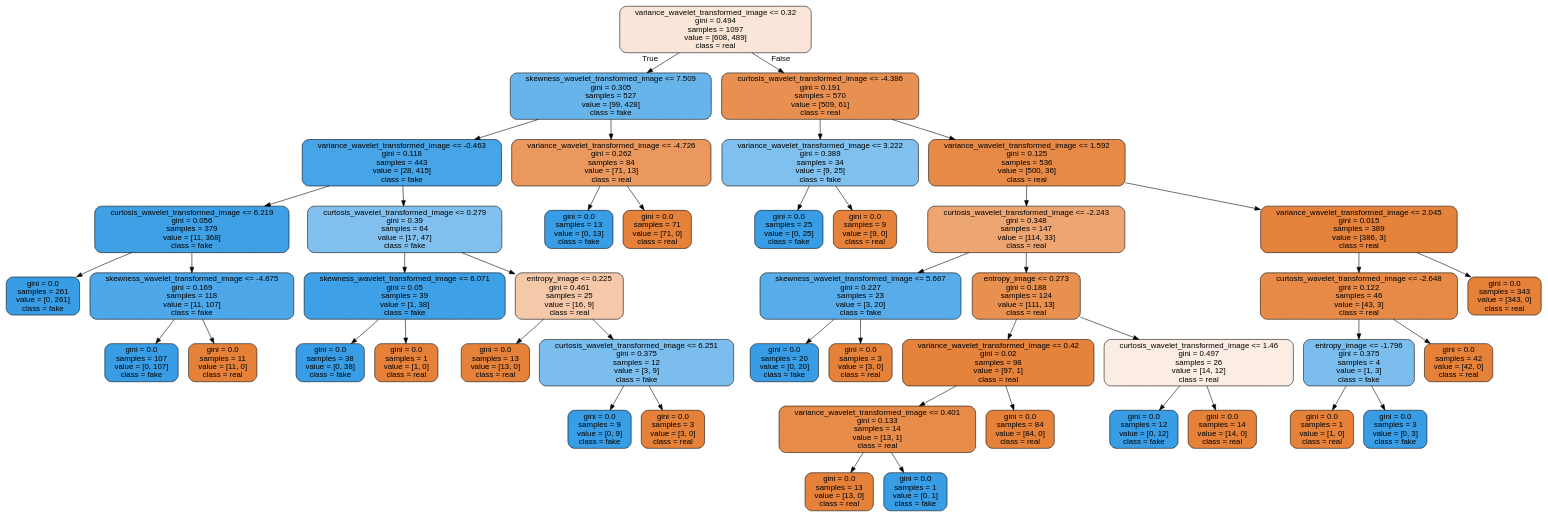
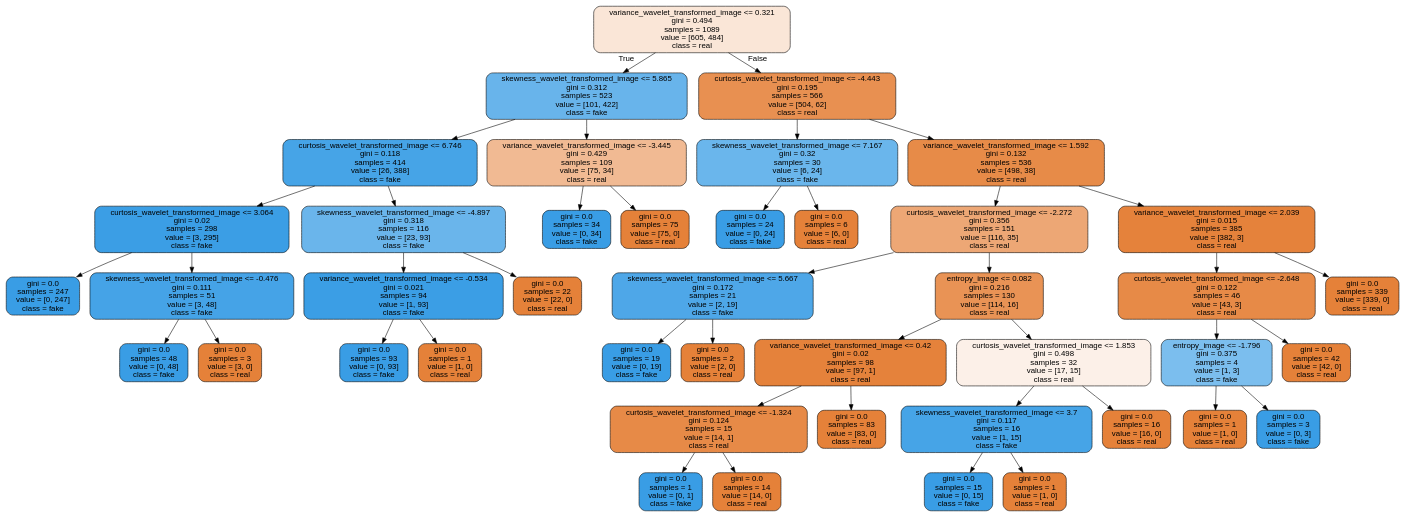
One commit to Farzaneh-prog/baummethoden changed the diagram in baummethoden/reports/figures/tree_bills.dot. Above: the diagram before and after it, drawn with Graphviz. The commit also changed 10 other files, not shown here.

```diff
--- a/baummethoden/reports/figures/tree_bills.dot
+++ b/baummethoden/reports/figures/tree_bills.dot
@@ -1,93 +1,89 @@
 digraph Tree {
 node [shape=box, style="filled, rounded", color="black", fontname=helvetica] ;
 edge [fontname=helvetica] ;
-0 [label="variance_wavelet_transformed_image <= 0.32\ngini = 0.494\nsamples = 1097\nvalue = [608, 489]\nclass = real", fillcolor="#fae6d8"] ;
-1 [label="skewness_wavelet_transformed_image <= 7.509\ngini = 0.305\nsamples = 527\nvalue = [99, 428]\nclass = fake", fillcolor="#67b4eb"] ;
+0 [label="variance_wavelet_transformed_image <= 0.321\ngini = 0.494\nsamples = 1089\nvalue = [605, 484]\nclass = real", fillcolor="#fae6d7"] ;
+1 [label="skewness_wavelet_transformed_image <= 5.865\ngini = 0.312\nsamples = 523\nvalue = [101, 422]\nclass = fake", fillcolor="#68b4eb"] ;
 0 -> 1 [labeldistance=2.5, labelangle=45, headlabel="True"] ;
-2 [label="variance_wavelet_transformed_image <= -0.463\ngini = 0.118\nsamples = 443\nvalue = [28, 415]\nclass = fake", fillcolor="#46a4e7"] ;
+2 [label="curtosis_wavelet_transformed_image <= 6.746\ngini = 0.118\nsamples = 414\nvalue = [26, 388]\nclass = fake", fillcolor="#46a4e7"] ;
 1 -> 2 ;
-3 [label="curtosis_wavelet_transformed_image <= 6.219\ngini = 0.056\nsamples = 379\nvalue = [11, 368]\nclass = fake", fillcolor="#3fa0e6"] ;
+3 [label="curtosis_wavelet_transformed_image <= 3.064\ngini = 0.02\nsamples = 298\nvalue = [3, 295]\nclass = fake", fillcolor="#3b9ee5"] ;
 2 -> 3 ;
-4 [label="gini = 0.0\nsamples = 261\nvalue = [0, 261]\nclass = fake", fillcolor="#399de5"] ;
+4 [label="gini = 0.0\nsamples = 247\nvalue = [0, 247]\nclass = fake", fillcolor="#399de5"] ;
 3 -> 4 ;
-5 [label="skewness_wavelet_transformed_image <= -4.675\ngini = 0.169\nsamples = 118\nvalue = [11, 107]\nclass = fake", fillcolor="#4da7e8"] ;
+5 [label="skewness_wavelet_transformed_image <= -0.476\ngini = 0.111\nsamples = 51\nvalue = [3, 48]\nclass = fake", fillcolor="#45a3e7"] ;
 3 -> 5 ;
-6 [label="gini = 0.0\nsamples = 107\nvalue = [0, 107]\nclass = fake", fillcolor="#399de5"] ;
+6 [label="gini = 0.0\nsamples = 48\nvalue = [0, 48]\nclass = fake", fillcolor="#399de5"] ;
 5 -> 6 ;
-7 [label="gini = 0.0\nsamples = 11\nvalue = [11, 0]\nclass = real", fillcolor="#e58139"] ;
+7 [label="gini = 0.0\nsamples = 3\nvalue = [3, 0]\nclass = real", fillcolor="#e58139"] ;
 5 -> 7 ;
-8 [label="curtosis_wavelet_transformed_image <= 0.279\ngini = 0.39\nsamples = 64\nvalue = [17, 47]\nclass = fake", fillcolor="#81c0ee"] ;
+8 [label="skewness_wavelet_transformed_image <= -4.897\ngini = 0.318\nsamples = 116\nvalue = [23, 93]\nclass = fake", fillcolor="#6ab5eb"] ;
 2 -> 8 ;
-9 [label="skewness_wavelet_transformed_image <= 6.071\ngini = 0.05\nsamples = 39\nvalue = [1, 38]\nclass = fake", fillcolor="#3ea0e6"] ;
+9 [label="variance_wavelet_transformed_image <= -0.534\ngini = 0.021\nsamples = 94\nvalue = [1, 93]\nclass = fake", fillcolor="#3b9ee5"] ;
 8 -> 9 ;
-10 [label="gini = 0.0\nsamples = 38\nvalue = [0, 38]\nclass = fake", fillcolor="#399de5"] ;
+10 [label="gini = 0.0\nsamples = 93\nvalue = [0, 93]\nclass = fake", fillcolor="#399de5"] ;
 9 -> 10 ;
 11 [label="gini = 0.0\nsamples = 1\nvalue = [1, 0]\nclass = real", fillcolor="#e58139"] ;
 9 -> 11 ;
-12 [label="entropy_image <= 0.225\ngini = 0.461\nsamples = 25\nvalue = [16, 9]\nclass = real", fillcolor="#f4c8a8"] ;
+12 [label="gini = 0.0\nsamples = 22\nvalue = [22, 0]\nclass = real", fillcolor="#e58139"] ;
 8 -> 12 ;
-13 [label="gini = 0.0\nsamples = 13\nvalue = [13, 0]\nclass = real", fillcolor="#e58139"] ;
-12 -> 13 ;
-14 [label="curtosis_wavelet_transformed_image <= 6.251\ngini = 0.375\nsamples = 12\nvalue = [3, 9]\nclass = fake", fillcolor="#7bbeee"] ;
-12 -> 14 ;
-15 [label="gini = 0.0\nsamples = 9\nvalue = [0, 9]\nclass = fake", fillcolor="#399de5"] ;
-14 -> 15 ;
-16 [label="gini = 0.0\nsamples = 3\nvalue = [3, 0]\nclass = real", fillcolor="#e58139"] ;
-14 -> 16 ;
-17 [label="variance_wavelet_transformed_image <= -4.726\ngini = 0.262\nsamples = 84\nvalue = [71, 13]\nclass = real", fillcolor="#ea985d"] ;
-1 -> 17 ;
-18 [label="gini = 0.0\nsamples = 13\nvalue = [0, 13]\nclass = fake", fillcolor="#399de5"] ;
+13 [label="variance_wavelet_transformed_image <= -3.445\ngini = 0.429\nsamples = 109\nvalue = [75, 34]\nclass = real", fillcolor="#f1ba93"] ;
+1 -> 13 ;
+14 [label="gini = 0.0\nsamples = 34\nvalue = [0, 34]\nclass = fake", fillcolor="#399de5"] ;
+13 -> 14 ;
+15 [label="gini = 0.0\nsamples = 75\nvalue = [75, 0]\nclass = real", fillcolor="#e58139"] ;
+13 -> 15 ;
+16 [label="curtosis_wavelet_transformed_image <= -4.443\ngini = 0.195\nsamples = 566\nvalue = [504, 62]\nclass = real", fillcolor="#e89051"] ;
+0 -> 16 [labeldistance=2.5, labelangle=-45, headlabel="False"] ;
+17 [label="skewness_wavelet_transformed_image <= 7.167\ngini = 0.32\nsamples = 30\nvalue = [6, 24]\nclass = fake", fillcolor="#6ab6ec"] ;
+16 -> 17 ;
+18 [label="gini = 0.0\nsamples = 24\nvalue = [0, 24]\nclass = fake", fillcolor="#399de5"] ;
 17 -> 18 ;
-19 [label="gini = 0.0\nsamples = 71\nvalue = [71, 0]\nclass = real", fillcolor="#e58139"] ;
+19 [label="gini = 0.0\nsamples = 6\nvalue = [6, 0]\nclass = real", fillcolor="#e58139"] ;
 17 -> 19 ;
-20 [label="curtosis_wavelet_transformed_image <= -4.386\ngini = 0.191\nsamples = 570\nvalue = [509, 61]\nclass = real", fillcolor="#e89051"] ;
-0 -> 20 [labeldistance=2.5, labelangle=-45, headlabel="False"] ;
-21 [label="variance_wavelet_transformed_image <= 3.222\ngini = 0.389\nsamples = 34\nvalue = [9, 25]\nclass = fake", fillcolor="#80c0ee"] ;
+20 [label="variance_wavelet_transformed_image <= 1.592\ngini = 0.132\nsamples = 536\nvalue = [498, 38]\nclass = real", fillcolor="#e78b48"] ;
+16 -> 20 ;
+21 [label="curtosis_wavelet_transformed_image <= -2.272\ngini = 0.356\nsamples = 151\nvalue = [116, 35]\nclass = real", fillcolor="#eda775"] ;
 20 -> 21 ;
-22 [label="gini = 0.0\nsamples = 25\nvalue = [0, 25]\nclass = fake", fillcolor="#399de5"] ;
+22 [label="skewness_wavelet_transformed_image <= 5.667\ngini = 0.172\nsamples = 21\nvalue = [2, 19]\nclass = fake", fillcolor="#4ea7e8"] ;
 21 -> 22 ;
-23 [label="gini = 0.0\nsamples = 9\nvalue = [9, 0]\nclass = real", fillcolor="#e58139"] ;
-21 -> 23 ;
-24 [label="variance_wavelet_transformed_image <= 1.592\ngini = 0.125\nsamples = 536\nvalue = [500, 36]\nclass = real", fillcolor="#e78a47"] ;
-20 -> 24 ;
-25 [label="curtosis_wavelet_transformed_image <= -2.243\ngini = 0.348\nsamples = 147\nvalue = [114, 33]\nclass = real", fillcolor="#eda572"] ;
-24 -> 25 ;
-26 [label="skewness_wavelet_transformed_image <= 5.667\ngini = 0.227\nsamples = 23\nvalue = [3, 20]\nclass = fake", fillcolor="#57ace9"] ;
+23 [label="gini = 0.0\nsamples = 19\nvalue = [0, 19]\nclass = fake", fillcolor="#399de5"] ;
+22 -> 23 ;
+24 [label="gini = 0.0\nsamples = 2\nvalue = [2, 0]\nclass = real", fillcolor="#e58139"] ;
+22 -> 24 ;
+25 [label="entropy_image <= 0.082\ngini = 0.216\nsamples = 130\nvalue = [114, 16]\nclass = real", fillcolor="#e99355"] ;
+21 -> 25 ;
+26 [label="variance_wavelet_transformed_image <= 0.42\ngini = 0.02\nsamples = 98\nvalue = [97, 1]\nclass = real", fillcolor="#e5823b"] ;
 25 -> 26 ;
-27 [label="gini = 0.0\nsamples = 20\nvalue = [0, 20]\nclass = fake", fillcolor="#399de5"] ;
+27 [label="curtosis_wavelet_transformed_image <= -1.324\ngini = 0.124\nsamples = 15\nvalue = [14, 1]\nclass = real", fillcolor="#e78a47"] ;
 26 -> 27 ;
-28 [label="gini = 0.0\nsamples = 3\nvalue = [3, 0]\nclass = real", fillcolor="#e58139"] ;
-26 -> 28 ;
-29 [label="entropy_image <= 0.273\ngini = 0.188\nsamples = 124\nvalue = [111, 13]\nclass = real", fillcolor="#e89050"] ;
-25 -> 29 ;
-30 [label="variance_wavelet_transformed_image <= 0.42\ngini = 0.02\nsamples = 98\nvalue = [97, 1]\nclass = real", fillcolor="#e5823b"] ;
-29 -> 30 ;
-31 [label="variance_wavelet_transformed_image <= 0.401\ngini = 0.133\nsamples = 14\nvalue = [13, 1]\nclass = real", fillcolor="#e78b48"] ;
-30 -> 31 ;
-32 [label="gini = 0.0\nsamples = 13\nvalue = [13, 0]\nclass = real", fillcolor="#e58139"] ;
+28 [label="gini = 0.0\nsamples = 1\nvalue = [0, 1]\nclass = fake", fillcolor="#399de5"] ;
+27 -> 28 ;
+29 [label="gini = 0.0\nsamples = 14\nvalue = [14, 0]\nclass = real", fillcolor="#e58139"] ;
+27 -> 29 ;
+30 [label="gini = 0.0\nsamples = 83\nvalue = [83, 0]\nclass = real", fillcolor="#e58139"] ;
+26 -> 30 ;
+31 [label="curtosis_wavelet_transformed_image <= 1.853\ngini = 0.498\nsamples = 32\nvalue = [17, 15]\nclass = real", fillcolor="#fcf0e8"] ;
+25 -> 31 ;
+32 [label="skewness_wavelet_transformed_image <= 3.7\ngini = 0.117\nsamples = 16\nvalue = [1, 15]\nclass = fake", fillcolor="#46a4e7"] ;
 31 -> 32 ;
-33 [label="gini = 0.0\nsamples = 1\nvalue = [0, 1]\nclass = fake", fillcolor="#399de5"] ;
-31 -> 33 ;
-34 [label="gini = 0.0\nsamples = 84\nvalue = [84, 0]\nclass = real", fillcolor="#e58139"] ;
-30 -> 34 ;
-35 [label="curtosis_wavelet_transformed_image <= 1.46\ngini = 0.497\nsamples = 26\nvalue = [14, 12]\nclass = real", fillcolor="#fbede3"] ;
-29 -> 35 ;
-36 [label="gini = 0.0\nsamples = 12\nvalue = [0, 12]\nclass = fake", fillcolor="#399de5"] ;
-35 -> 36 ;
-37 [label="gini = 0.0\nsamples = 14\nvalue = [14, 0]\nclass = real", fillcolor="#e58139"] ;
-35 -> 37 ;
-38 [label="variance_wavelet_transformed_image <= 2.045\ngini = 0.015\nsamples = 389\nvalue = [386, 3]\nclass = real", fillcolor="#e5823b"] ;
-24 -> 38 ;
-39 [label="curtosis_wavelet_transformed_image <= -2.648\ngini = 0.122\nsamples = 46\nvalue = [43, 3]\nclass = real", fillcolor="#e78a47"] ;
+33 [label="gini = 0.0\nsamples = 15\nvalue = [0, 15]\nclass = fake", fillcolor="#399de5"] ;
+32 -> 33 ;
+34 [label="gini = 0.0\nsamples = 1\nvalue = [1, 0]\nclass = real", fillcolor="#e58139"] ;
+32 -> 34 ;
+35 [label="gini = 0.0\nsamples = 16\nvalue = [16, 0]\nclass = real", fillcolor="#e58139"] ;
+31 -> 35 ;
+36 [label="variance_wavelet_transformed_image <= 2.039\ngini = 0.015\nsamples = 385\nvalue = [382, 3]\nclass = real", fillcolor="#e5823b"] ;
+20 -> 36 ;
+37 [label="curtosis_wavelet_transformed_image <= -2.648\ngini = 0.122\nsamples = 46\nvalue = [43, 3]\nclass = real", fillcolor="#e78a47"] ;
+36 -> 37 ;
+38 [label="entropy_image <= -1.796\ngini = 0.375\nsamples = 4\nvalue = [1, 3]\nclass = fake", fillcolor="#7bbeee"] ;
+37 -> 38 ;
+39 [label="gini = 0.0\nsamples = 1\nvalue = [1, 0]\nclass = real", fillcolor="#e58139"] ;
 38 -> 39 ;
-40 [label="entropy_image <= -1.796\ngini = 0.375\nsamples = 4\nvalue = [1, 3]\nclass = fake", fillcolor="#7bbeee"] ;
-39 -> 40 ;
-41 [label="gini = 0.0\nsamples = 1\nvalue = [1, 0]\nclass = real", fillcolor="#e58139"] ;
-40 -> 41 ;
-42 [label="gini = 0.0\nsamples = 3\nvalue = [0, 3]\nclass = fake", fillcolor="#399de5"] ;
-40 -> 42 ;
-43 [label="gini = 0.0\nsamples = 42\nvalue = [42, 0]\nclass = real", fillcolor="#e58139"] ;
-39 -> 43 ;
-44 [label="gini = 0.0\nsamples = 343\nvalue = [343, 0]\nclass = real", fillcolor="#e58139"] ;
-38 -> 44 ;
+40 [label="gini = 0.0\nsamples = 3\nvalue = [0, 3]\nclass = fake", fillcolor="#399de5"] ;
+38 -> 40 ;
+41 [label="gini = 0.0\nsamples = 42\nvalue = [42, 0]\nclass = real", fillcolor="#e58139"] ;
+37 -> 41 ;
+42 [label="gini = 0.0\nsamples = 339\nvalue = [339, 0]\nclass = real", fillcolor="#e58139"] ;
+36 -> 42 ;
 }
```
